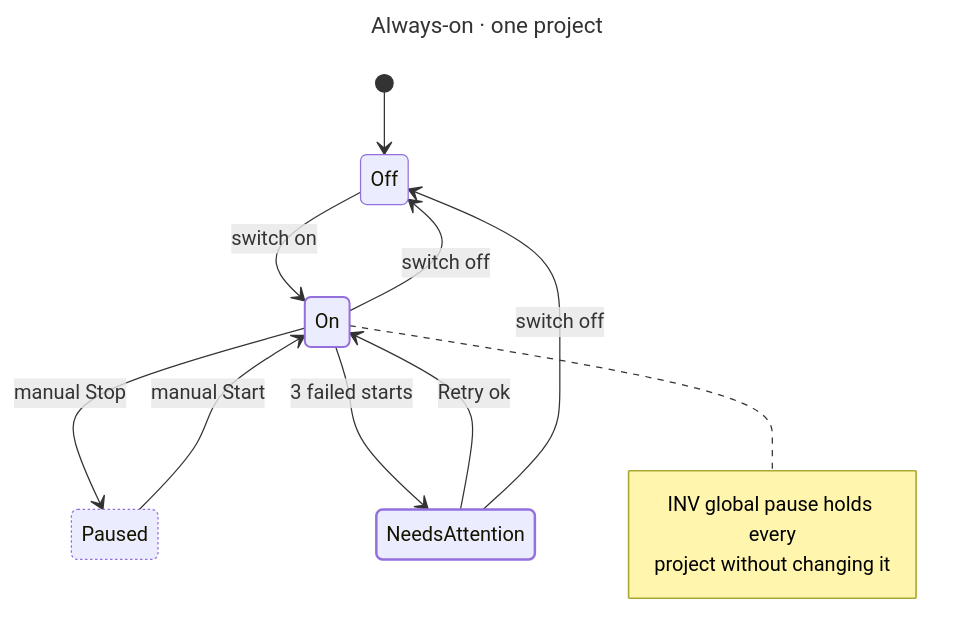
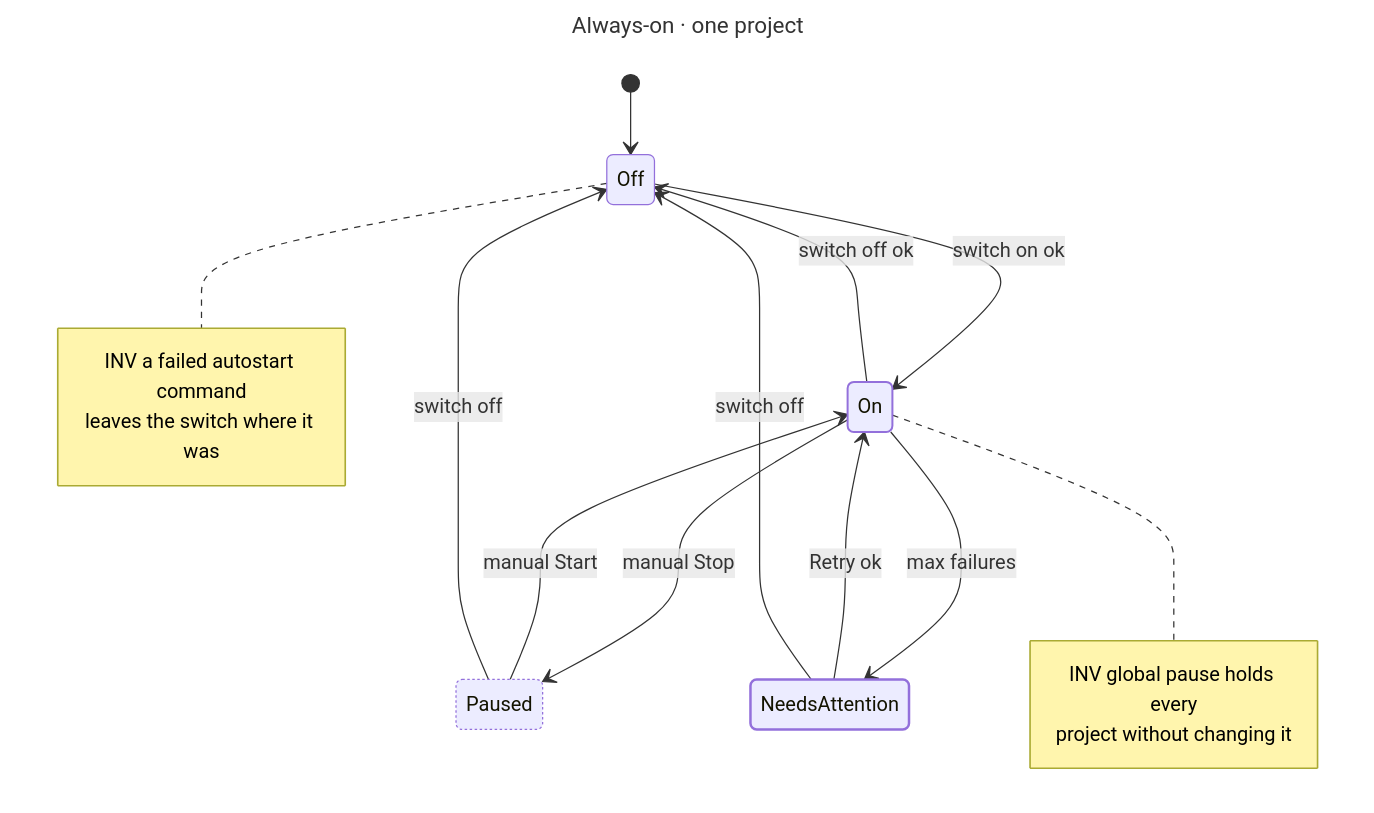
One commit to hack-dance/hack changed the diagram in apps/desktop/diagrams/always-on.mmd. Above: the diagram before and after it, drawn with Mermaid. The commit also changed 10 other files, not shown here.

```diff
--- a/apps/desktop/diagrams/always-on.mmd
+++ b/apps/desktop/diagrams/always-on.mmd
@@ -1,23 +1,28 @@
 ---
 title: Always-on · one project
 ---
 stateDiagram-v2
   direction TB
   [*] --> Off
-  Off --> On : switch on
-  On --> Off : switch off
+  Off --> On : switch on ok
+  On --> Off : switch off ok
   On --> Paused : manual Stop
   Paused --> On : manual Start
-  On --> NeedsAttention : 3 failed starts
+  Paused --> Off : switch off
+  On --> NeedsAttention : max failures
   NeedsAttention --> On : Retry ok
   NeedsAttention --> Off : switch off
+  note right of Off
+    INV a failed autostart command
+    leaves the switch where it was
+  end note
   note right of On
     INV global pause holds every
     project without changing it
   end note
   classDef live stroke-width:1.6px
   classDef wait stroke-dasharray:2 2
   classDef fail stroke-width:2px
   class On live
   class Paused wait
   class NeedsAttention fail
```
